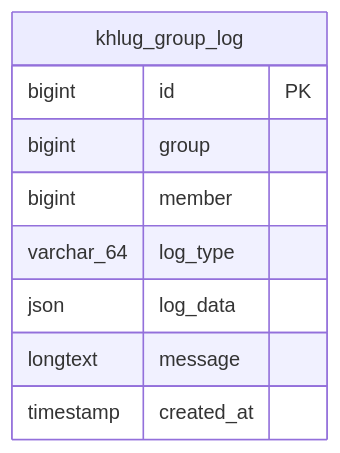
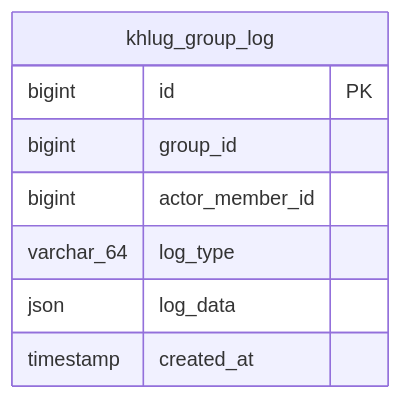
One commit to khu-khlug/sight-spring-backend changed the diagram in docs/tasks/group/group-log-format.md. Above: the diagram before and after it, drawn with Mermaid. The commit also changed other lines of this file and 1 other file, not shown here.

````diff
--- a/docs/tasks/group/group-log-format.md
+++ b/docs/tasks/group/group-log-format.md
@@ -165,12 +169,11 @@
 ```mermaid
 erDiagram
     khlug_group_log {
         bigint id PK
-        bigint group
-        bigint member
+        bigint group_id
+        bigint actor_member_id
         varchar_64 log_type
         json log_data
-        longtext message
         timestamp created_at
     }
 ```
````
